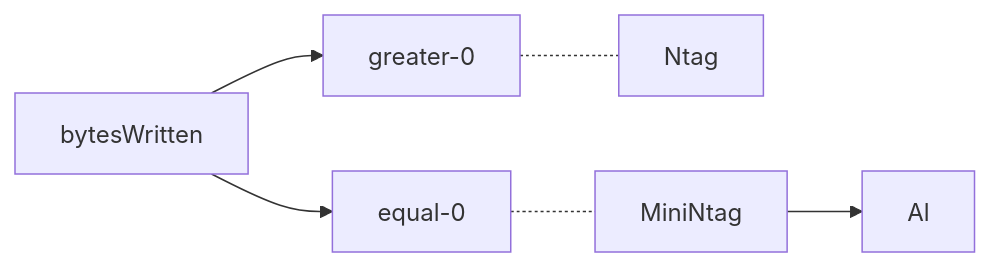
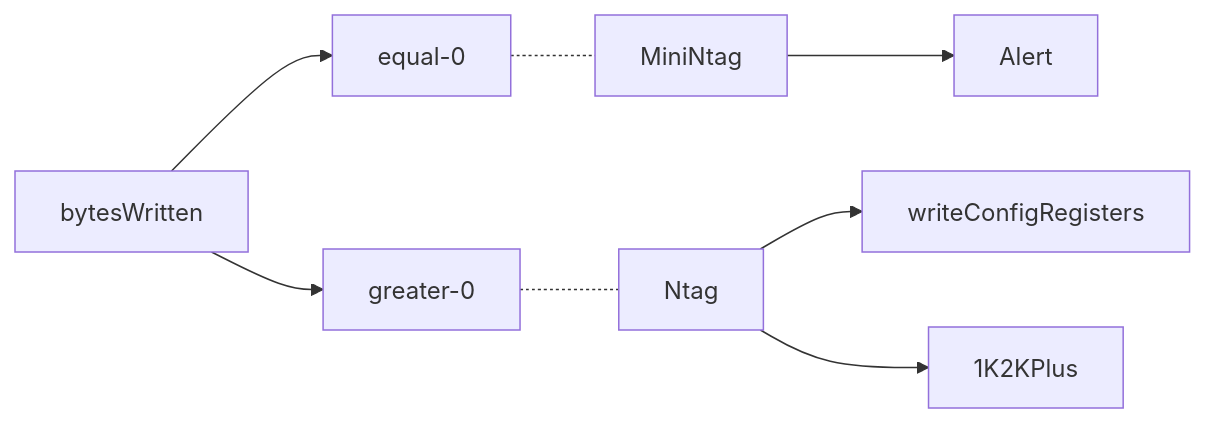
The seventh of 7 diagrams in nxp/NtagDemo_mermaid.md (gordianknotC/nxp_note), drawn with Mermaid before and after one commit. The commit also changed other lines of this file, not shown here.

Commit message:
nxp/NtagDemo_mermaid.md updated from https://stackedit.io/

````diff
--- a/nxp/NtagDemo_mermaid.md
+++ b/nxp/NtagDemo_mermaid.md
@@ -188,14 +188,17 @@
 ``` mermaid
 graph LR
 Ntag
 MiniNtag
 bytesWritten
 equal-0
 greater-0
 bytesWritten --> equal-0
 bytesWritten --> greater-0
 greater-0 -.-Ntag
 equal-0 -.- MiniNtag
-MiniNtag --> Al
+MiniNtag --> Alert
+
+Ntag --> writeConfigRegisters
+Ntag --> 1K2KPlus
 
 ```
````
